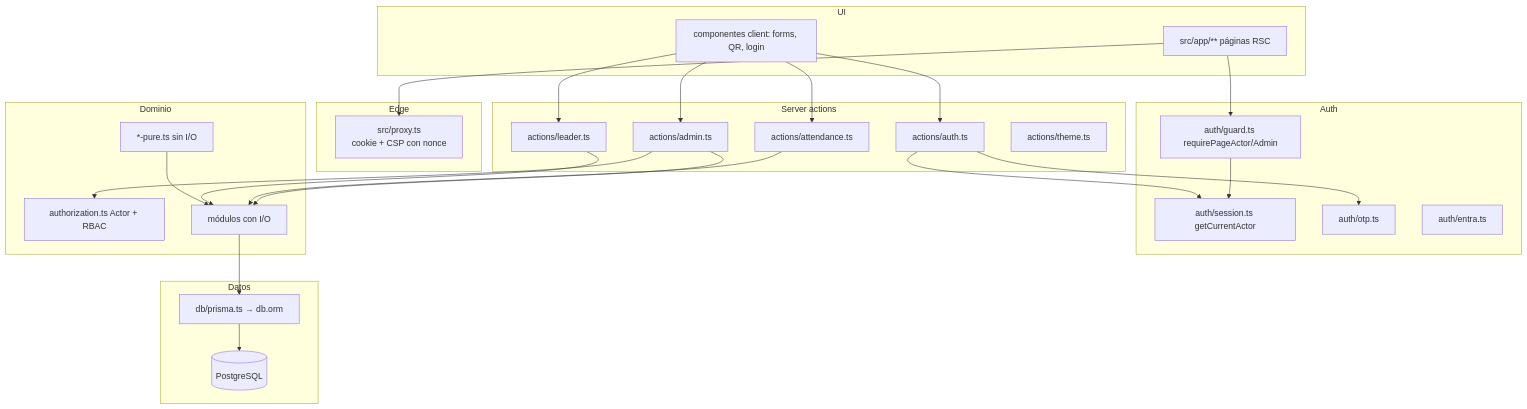
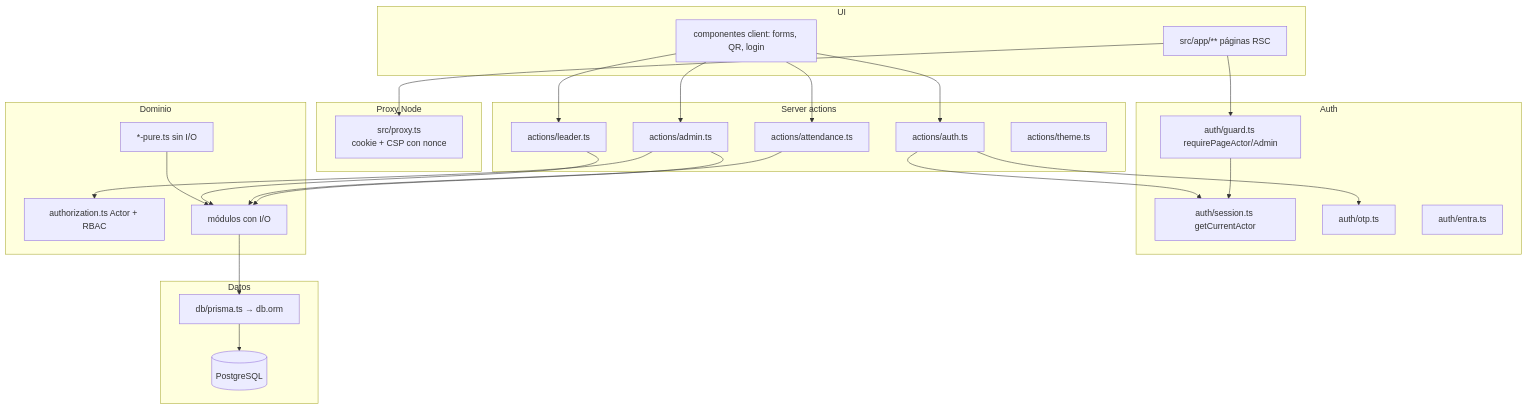
One commit to magaviriaa/GHPOINTS changed the first of 3 diagrams in docs/es/arquitectura.md. Above: the diagram before and after it, drawn with Mermaid. The commit also changed other lines of this file and 74 other files, not shown here.

````diff
--- a/docs/es/arquitectura.md
+++ b/docs/es/arquitectura.md
@@ -7,49 +7,49 @@
 ```mermaid
 flowchart TB
   subgraph ui [UI]
     Pages["src/app/** páginas RSC"]
     Client["componentes client: forms, QR, login"]
   end
-  subgraph edge [Edge]
+  subgraph proxy [Proxy Node]
     MW["src/proxy.ts\ncookie + CSP con nonce"]
   end
   subgraph actions [Server actions]
     AuthA["actions/auth.ts"]
     AdminA["actions/admin.ts"]
     AttA["actions/attendance.ts"]
     LeadA["actions/leader.ts"]
     ThemeA["actions/theme.ts"]
   end
   subgraph auth [Auth]
     Session["auth/session.ts getCurrentActor"]
     Guard["auth/guard.ts requirePageActor/Admin"]
     OTP["auth/otp.ts"]
     Entra["auth/entra.ts"]
   end
   subgraph domain [Dominio]
     Authz["authorization.ts Actor + RBAC"]
     Pure["*-pure.ts sin I/O"]
     IO["módulos con I/O"]
   end
   subgraph data [Datos]
     Prisma["db/prisma.ts → db.orm"]
     PG[(PostgreSQL)]
   end
 
   Pages --> MW
   Pages --> Guard
   Guard --> Session
   Client --> AuthA
   Client --> AdminA
   Client --> AttA
   Client --> LeadA
   AuthA --> OTP
   AuthA --> Session
   AdminA --> Authz
   AdminA --> IO
   AttA --> IO
   LeadA --> IO
   IO --> Prisma
   Pure --> IO
   Prisma --> PG
 ```
````
